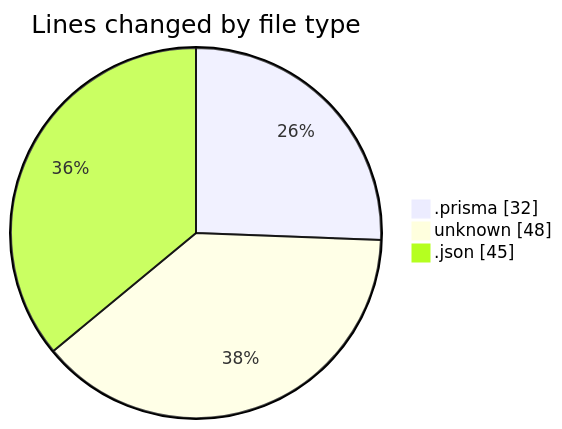
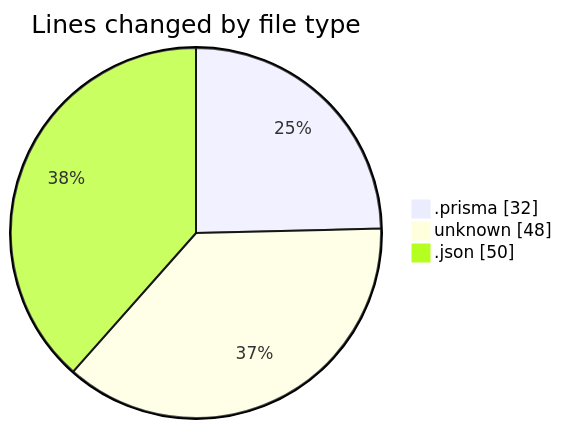
The first of 2 diagrams in 2025-01-24/good-pr/README.md (momahboobian/code-tracking), drawn with Mermaid before and after one commit. The commit also changed other lines of this file and 1 other file, not shown here.

````diff
--- a/2025-01-24/good-pr/README.md
+++ b/2025-01-24/good-pr/README.md
@@ -22,7 +22,7 @@
 ```mermaid
 pie showData
 title Lines changed by file type
 ".prisma" : 32
 "unknown" : 48
-".json" : 45
+".json" : 50
 ```
````
